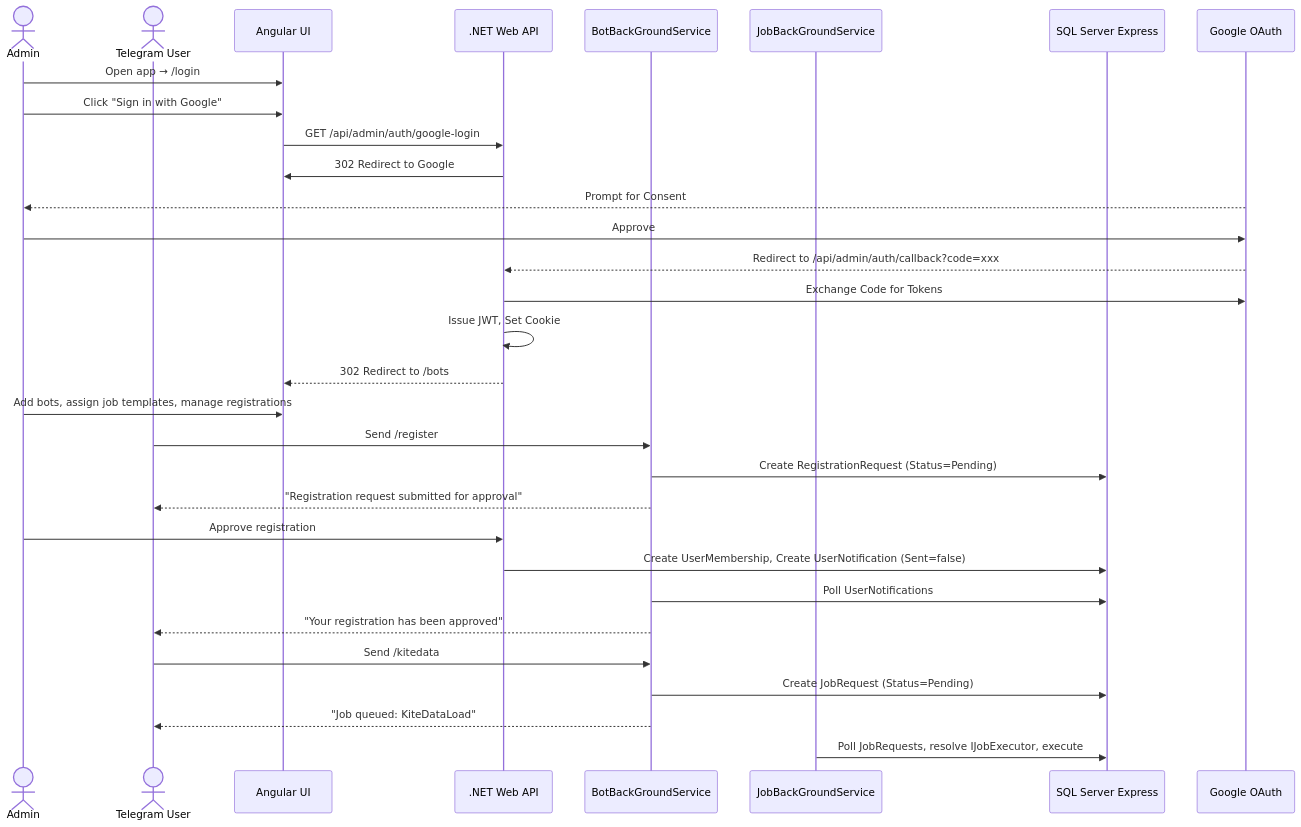
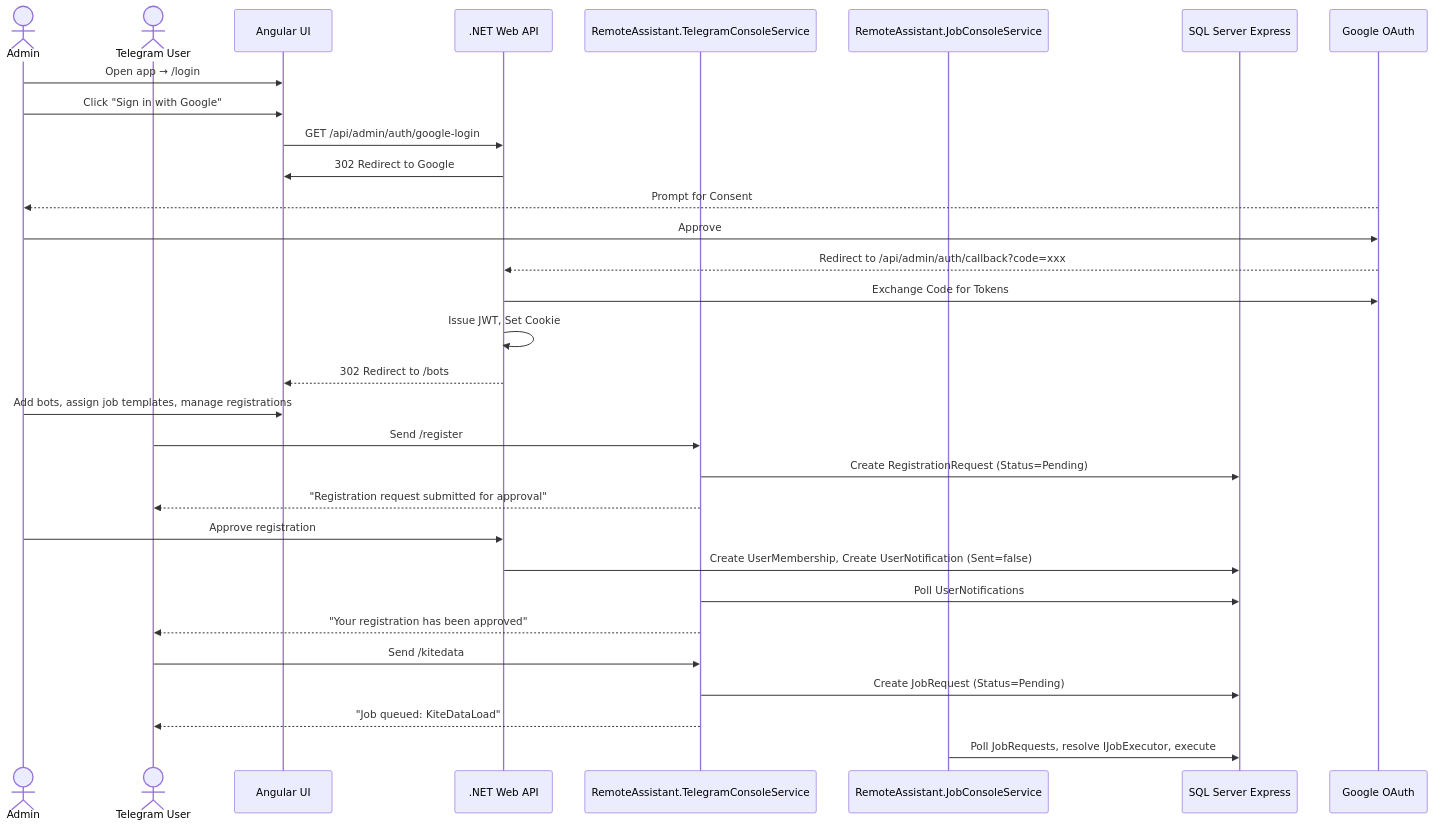
One commit to mayurjp/RemoteAssistant changed the diagram in readme.md. Above: the diagram before and after it, drawn with Mermaid. The commit also changed other lines of this file and 20 other files, not shown here.

First line of the commit message:
feat: Add Admin API and Job Console Service for Telegram Scheduler

````diff
--- a/readme.md
+++ b/readme.md
@@ -9,38 +9,38 @@
 ```mermaid
 sequenceDiagram
     actor Admin
     actor User as Telegram User
     participant Angular as Angular UI
     participant WebApi as .NET Web API
-    participant BotSvc as BotBackGroundService
-    participant JobSvc as JobBackGroundService
+    participant BotSvc as RemoteAssistant.TelegramConsoleService
+    participant JobSvc as RemoteAssistant.JobConsoleService
     participant DB as SQL Server Express
     participant Google as Google OAuth
 
     Admin->>Angular: Open app → /login
     Admin->>Angular: Click "Sign in with Google"
     Angular->>WebApi: GET /api/admin/auth/google-login
     WebApi->>Angular: 302 Redirect to Google
     Google-->>Admin: Prompt for Consent
     Admin->>Google: Approve
     Google-->>WebApi: Redirect to /api/admin/auth/callback?code=xxx
     WebApi->>Google: Exchange Code for Tokens
     WebApi->>WebApi: Issue JWT, Set Cookie
     WebApi-->>Angular: 302 Redirect to /bots
 
     Admin->>Angular: Add bots, assign job templates, manage registrations
 
     User->>BotSvc: Send /register
     BotSvc->>DB: Create RegistrationRequest (Status=Pending)
     BotSvc-->>User: "Registration request submitted for approval"
 
     Admin->>WebApi: Approve registration
     WebApi->>DB: Create UserMembership, Create UserNotification (Sent=false)
     BotSvc->>DB: Poll UserNotifications
     BotSvc-->>User: "Your registration has been approved"
 
     User->>BotSvc: Send /kitedata
     BotSvc->>DB: Create JobRequest (Status=Pending)
     BotSvc-->>User: "Job queued: KiteDataLoad"
     JobSvc->>DB: Poll JobRequests, resolve IJobExecutor, execute
 ```
````
